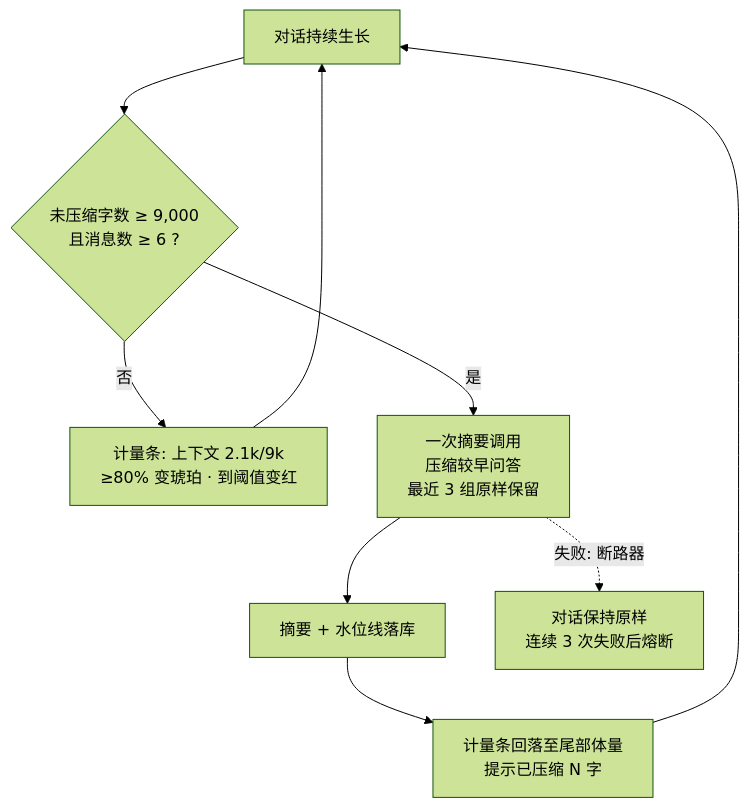
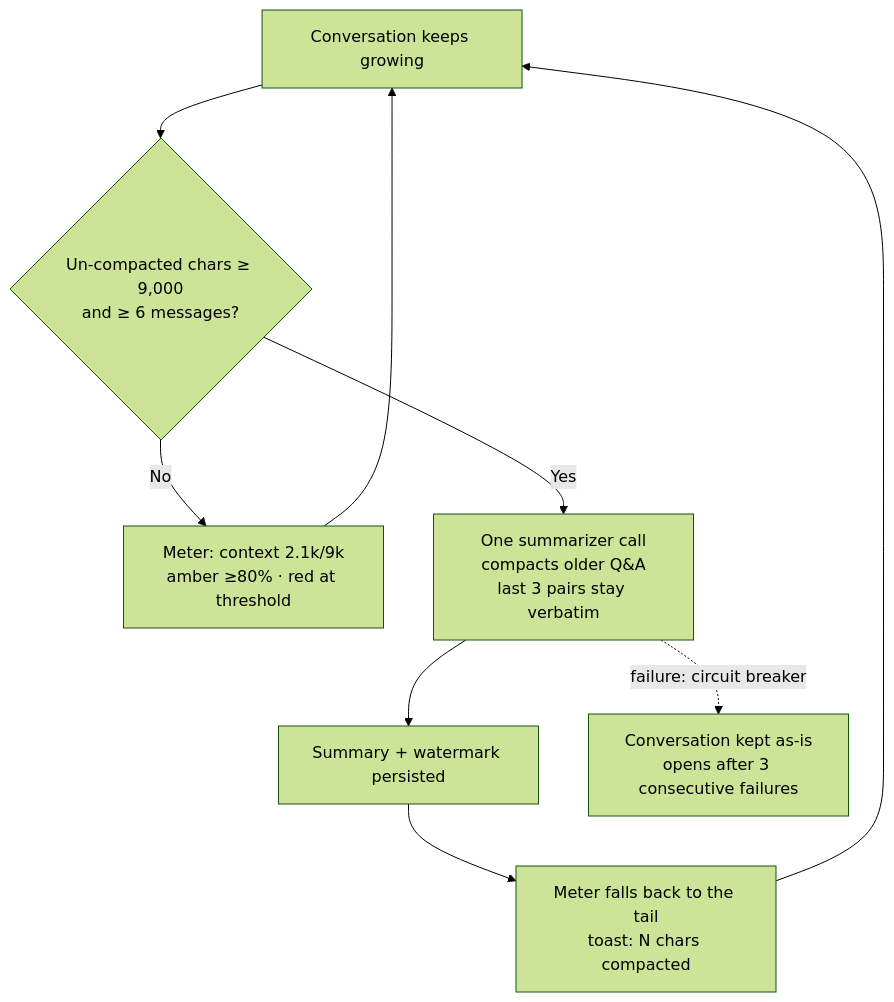
The third of 4 diagrams in README.md (Zafer-Liu/book-learning), drawn with Mermaid (forest theme) before and after one commit. The commit also changed other lines of this file and 2 other files, not shown here.

````diff
--- a/README.md
+++ b/README.md
@@ -83,11 +85,11 @@
 ```mermaid
 flowchart TB
-    A["对话持续生长"] --> B{"未压缩字数 ≥ 9,000<br/>且消息数 ≥ 6 ?"}
-    B -->|否| C["计量条: 上下文 2.1k/9k<br/>≥80% 变琥珀 · 到阈值变红"]
-    B -->|是| D["一次摘要调用<br/>压缩较早问答<br/>最近 3 组原样保留"]
-    D --> E["摘要 + 水位线落库"]
-    E --> F["计量条回落至尾部体量<br/>提示已压缩 N 字"]
+    A["Conversation keeps growing"] --> B{"Un-compacted chars ≥ 9,000<br/>and ≥ 6 messages?"}
+    B -->|No| C["Meter: context 2.1k/9k<br/>amber ≥80% · red at threshold"]
+    B -->|Yes| D["One summarizer call<br/>compacts older Q&A<br/>last 3 pairs stay verbatim"]
+    D --> E["Summary + watermark persisted"]
+    E --> F["Meter falls back to the tail<br/>toast: N chars compacted"]
     C --> A
     F --> A
-    D -.->|"失败: 断路器"| G["对话保持原样<br/>连续 3 次失败后熔断"]
+    D -.->|"failure: circuit breaker"| G["Conversation kept as-is<br/>opens after 3 consecutive failures"]
 ```
````
